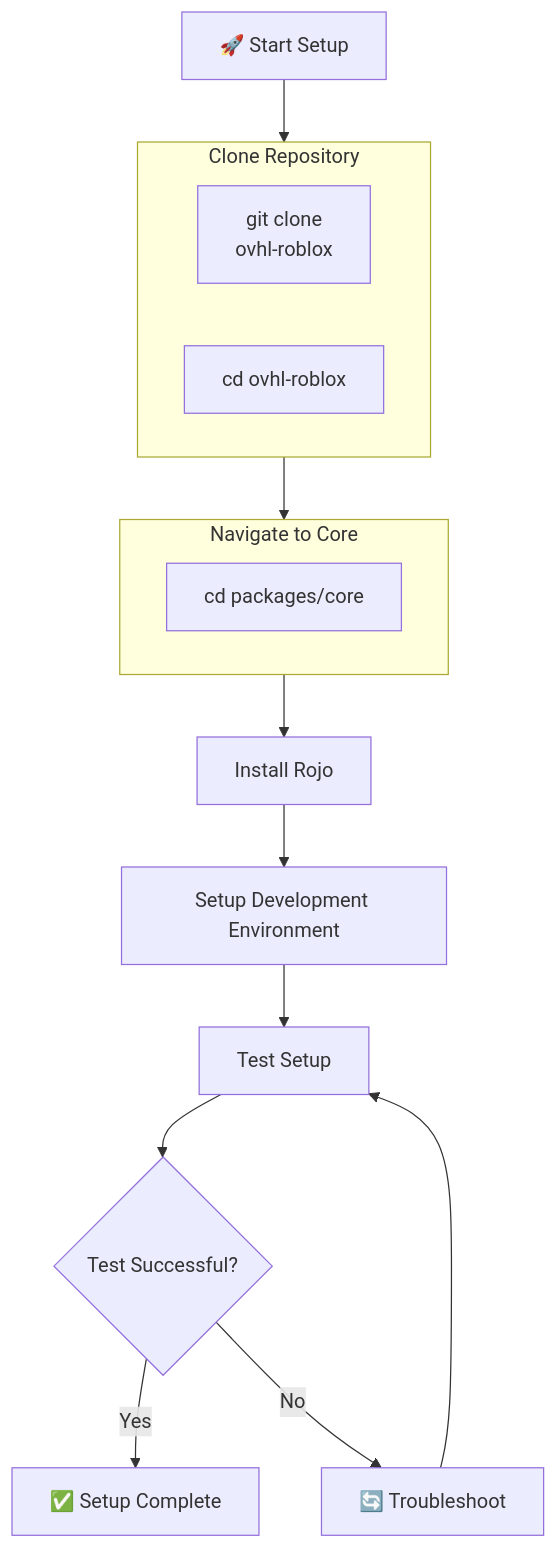
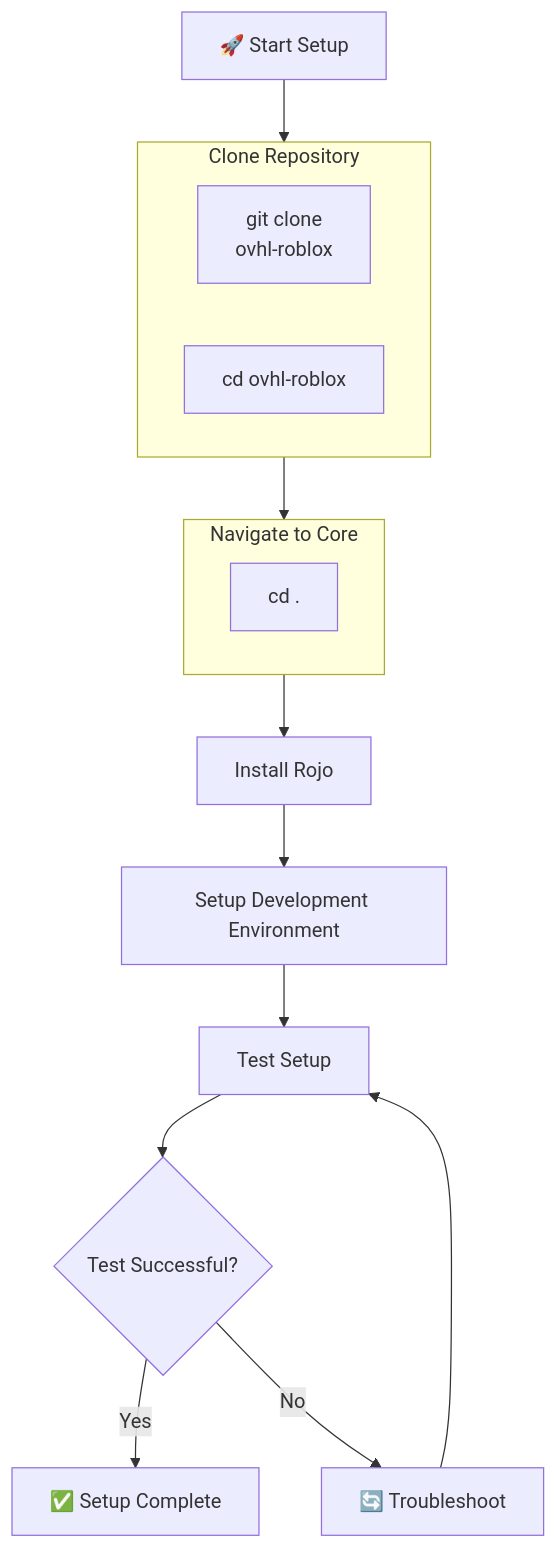
The first of 5 diagrams in docs/id/SETUP_GUIDE.md (ovhlstudio/ovhl-roblox), drawn with Mermaid before and after one commit. The commit also changed other lines of this file and 24 other files, not shown here.

````diff
--- a/docs/id/SETUP_GUIDE.md
+++ b/docs/id/SETUP_GUIDE.md
@@ -31,21 +31,21 @@
 ```mermaid
 flowchart TD
     A[🚀 Start Setup] --> B[Clone Repository]
     B --> C[Navigate to Core Package]
     C --> D[Install Rojo]
     D --> E[Setup Development Environment]
     E --> F[Test Setup]
     F --> G{Test Successful?}
     G -->|Yes| H[✅ Setup Complete]
     G -->|No| I[🔄 Troubleshoot]
     I --> F
 
     subgraph B[Clone Repository]
         B1[git clone<br/>ovhl-roblox]
         B2[cd ovhl-roblox]
     end
 
     subgraph C[Navigate to Core]
-        C1[cd packages/core]
+        C1[cd .]
     end
 ```
````
